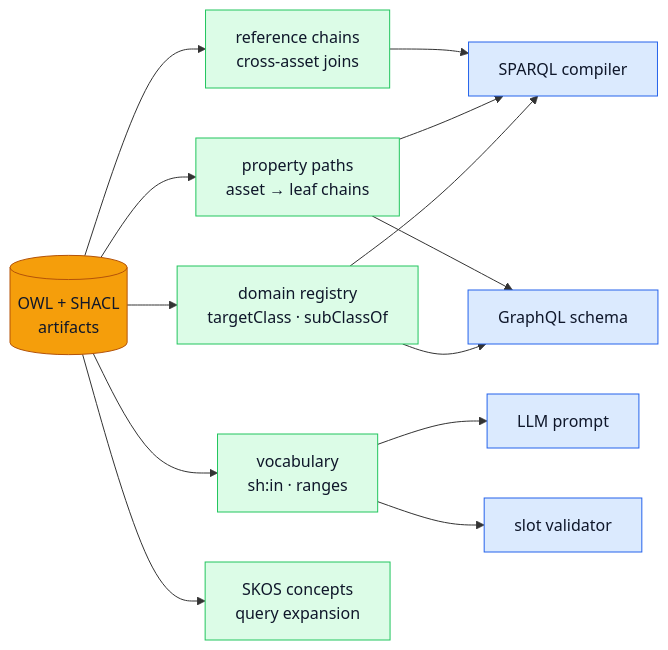
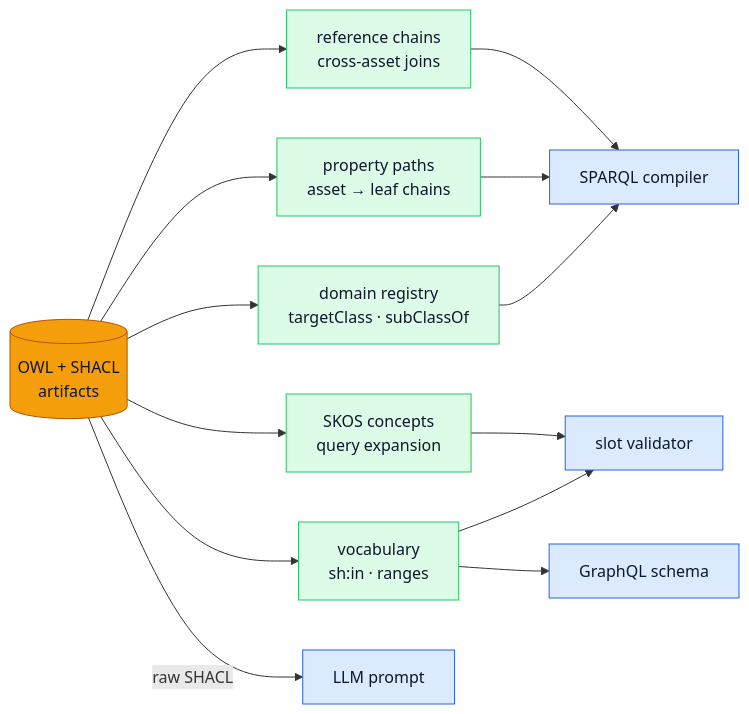
The third of 3 diagrams in apps/docs/slides/index.md (ASCS-eV/ontology-based-nl-search), drawn with Mermaid before and after one commit. The commit also changed other lines of this file, not shown here.

````diff
--- a/apps/docs/slides/index.md
+++ b/apps/docs/slides/index.md
@@ -309,23 +309,23 @@
 ```mermaid
 flowchart LR
     ART[("OWL + SHACL<br/>artifacts")]:::art
     ART --> D1["domain registry<br/>targetClass · subClassOf"]
     ART --> D2["property paths<br/>asset → leaf chains"]
     ART --> D3["reference chains<br/>cross-asset joins"]
     ART --> D4["vocabulary<br/>sh:in · ranges"]
     ART --> D5["SKOS concepts<br/>query expansion"]
 
-    D4 --> P["LLM prompt"]
+    ART -->|raw SHACL| P["LLM prompt"]
     D4 --> V["slot validator"]
+    D5 --> V
     D1 --> C["SPARQL compiler"]
     D2 --> C
     D3 --> C
-    D1 --> G["GraphQL schema"]
-    D2 --> G
+    D4 --> G["GraphQL schema"]
 
     classDef art fill:#f59e0b,stroke:#b45309,color:#0f172a;
     classDef d fill:#dcfce7,stroke:#22c55e,color:#0f172a;
     classDef use fill:#dbeafe,stroke:#2563eb,color:#0f172a;
     class D1,D2,D3,D4,D5 d;
     class P,V,C,G use;
 ```
````
